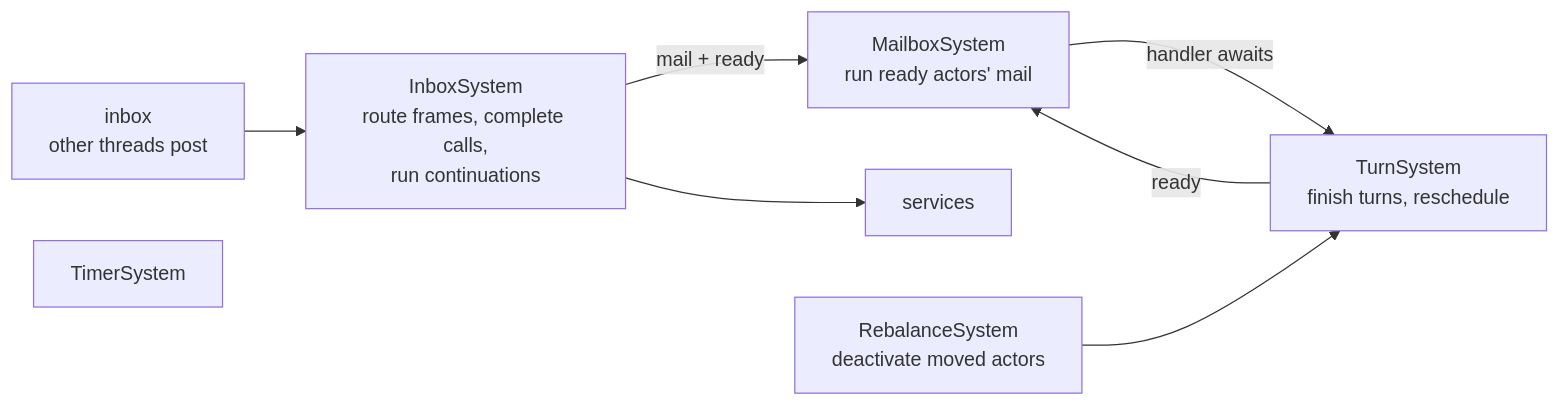
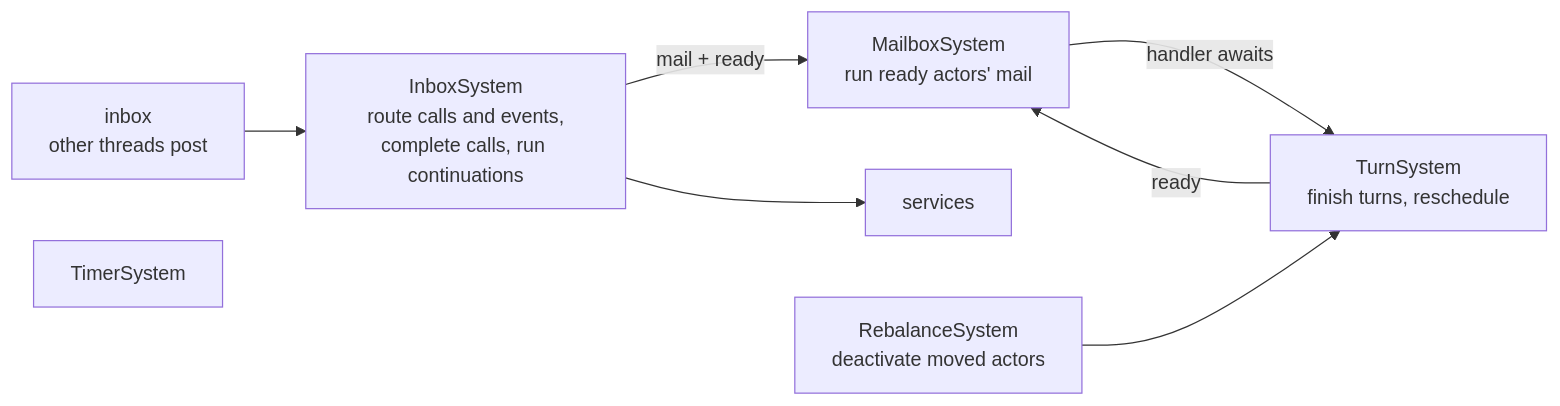
The fourth of 4 diagrams in doc/design.md (JasonXuDeveloper/DaServer), drawn with Mermaid before and after one commit. The commit also changed other lines of this file and 4 other files, not shown here.

Commit message:
docs: design for clusters (vocabulary, latency, reliability, reference architectures), ADR-017..021, README

````diff
--- a/doc/design.md
+++ b/doc/design.md
@@ -150,10 +243,10 @@
 ```mermaid
 flowchart LR
-    IN[inbox<br/>other threads post] --> I[InboxSystem<br/>route frames, complete calls,<br/>run continuations]
+    IN[inbox<br/>other threads post] --> I[InboxSystem<br/>route calls and events,<br/>complete calls, run continuations]
     I -->|mail + ready| M[MailboxSystem<br/>run ready actors' mail]
     I --> S[services]
     M -->|handler awaits| T[TurnSystem<br/>finish turns, reschedule]
     T -->|ready| M
     R[RebalanceSystem<br/>deactivate moved actors] --> T
     TM[TimerSystem]
 ```
````
